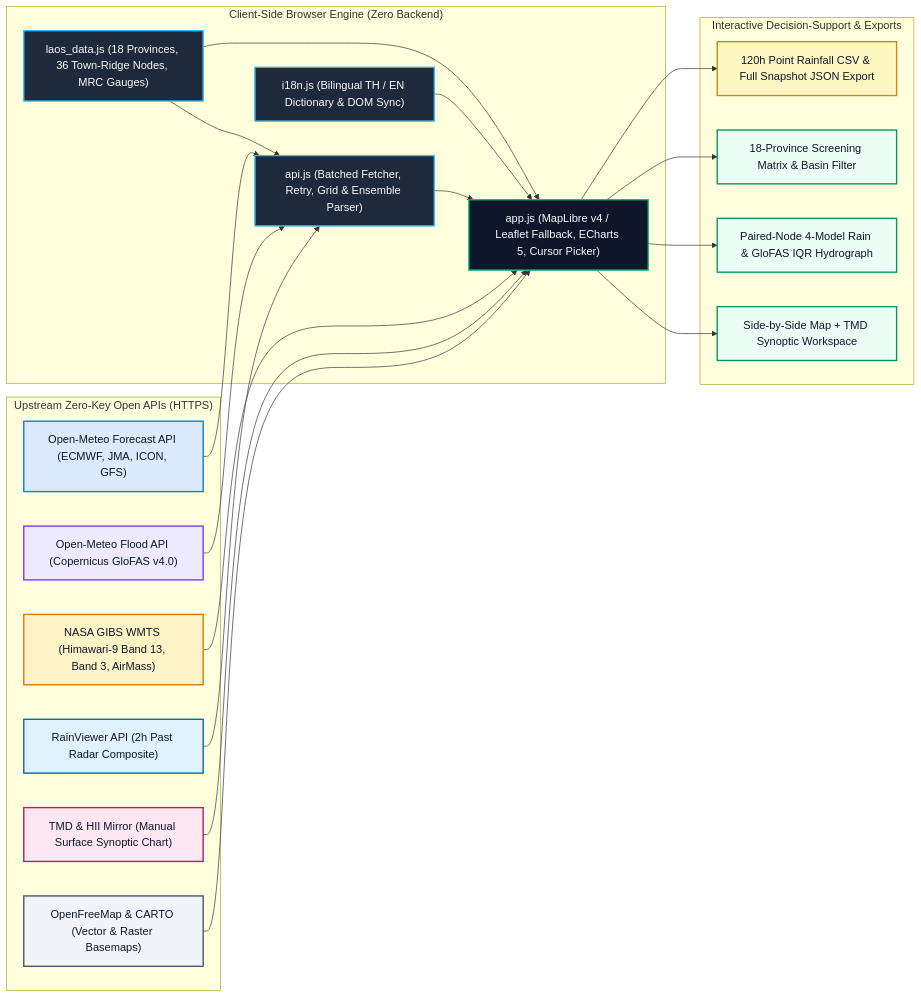
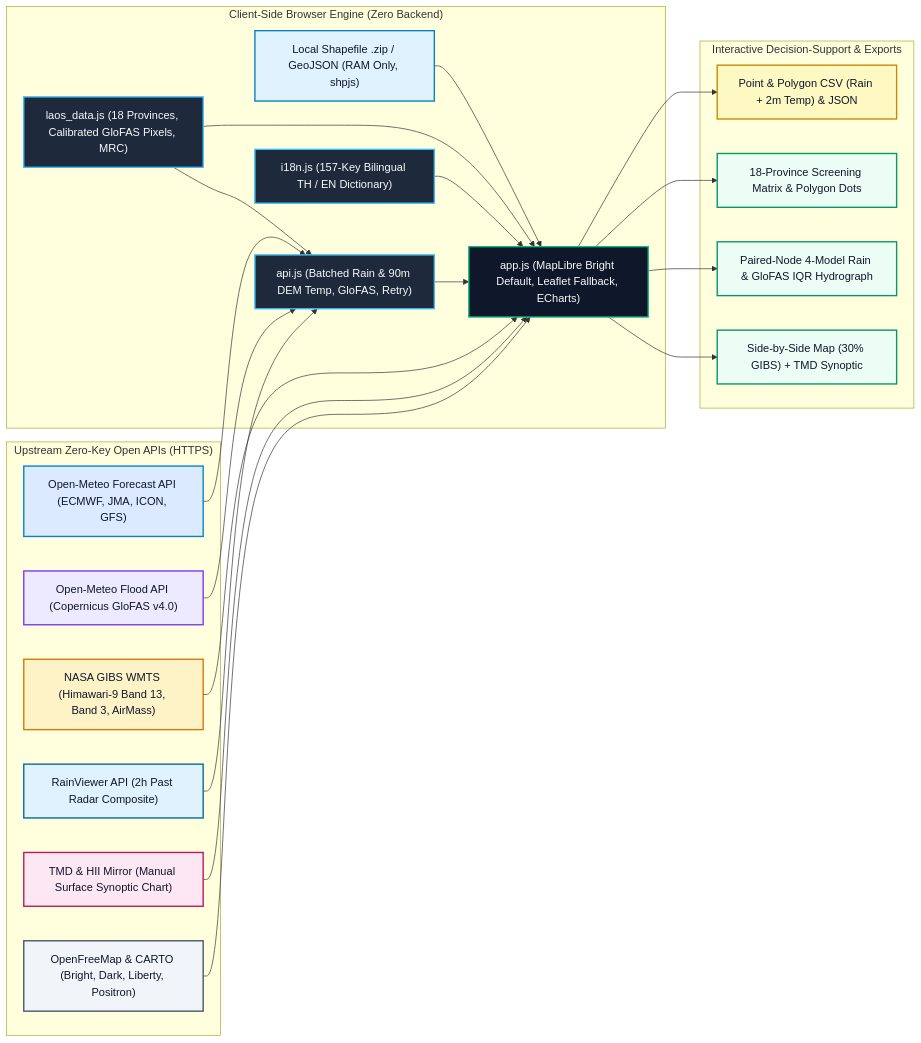
The diagram in README.md (torhunter43/laos-hydromet-monitor), drawn with Mermaid before and after one commit. The commit also changed other lines of this file and 6 other files, not shown here.

Commit message:
Correct GloFAS, Bright/30% default, and Shapefile export

````diff
--- a/README.md
+++ b/README.md
@@ -45,55 +51,58 @@
 ```mermaid
 flowchart LR
     subgraph Sources["Upstream Zero-Key Open APIs (HTTPS)"]
         OM["Open-Meteo Forecast API (ECMWF, JMA, ICON, GFS)"]
         GF["Open-Meteo Flood API (Copernicus GloFAS v4.0)"]
         GIBS["NASA GIBS WMTS (Himawari-9 Band 13, Band 3, AirMass)"]
         RV["RainViewer API (2h Past Radar Composite)"]
         TMD["TMD & HII Mirror (Manual Surface Synoptic Chart)"]
-        OFM["OpenFreeMap & CARTO (Vector & Raster Basemaps)"]
+        OFM["OpenFreeMap & CARTO (Bright, Dark, Liberty, Positron)"]
     end
 
     subgraph Engine["Client-Side Browser Engine (Zero Backend)"]
-        API["api.js (Batched Fetcher, Retry, Grid & Ensemble Parser)"]
-        DATA["laos_data.js (18 Provinces, 36 Town-Ridge Nodes, MRC Gauges)"]
-        I18N["i18n.js (Bilingual TH / EN Dictionary & DOM Sync)"]
-        APP["app.js (MapLibre v4 / Leaflet Fallback, ECharts 5, Cursor Picker)"]
+        SHP["Local Shapefile .zip / GeoJSON (RAM Only, shpjs)"]
+        API["api.js (Batched Rain & 90m DEM Temp, GloFAS, Retry)"]
+        DATA["laos_data.js (18 Provinces, Calibrated GloFAS Pixels, MRC)"]
+        I18N["i18n.js (157-Key Bilingual TH / EN Dictionary)"]
+        APP["app.js (MapLibre Bright Default, Leaflet Fallback, ECharts)"]
     end
 
     subgraph Outputs["Interactive Decision-Support & Exports"]
-        SPLIT["Side-by-Side Map + TMD Synoptic Workspace"]
+        SPLIT["Side-by-Side Map (30% GIBS) + TMD Synoptic"]
         CHARTS["Paired-Node 4-Model Rain & GloFAS IQR Hydrograph"]
-        MATRIX["18-Province Screening Matrix & Basin Filter"]
-        EXPORT["120h Point Rainfall CSV & Full Snapshot JSON Export"]
+        MATRIX["18-Province Screening Matrix & Polygon Dots"]
+        EXPORT["Point & Polygon CSV (Rain + 2m Temp) & JSON"]
     end
 
+    SHP --> APP
     OM --> API
     GF --> API
     GIBS --> APP
     RV --> API
     TMD --> APP
     OFM --> APP
     DATA --> API
     DATA --> APP
     I18N --> APP
     API --> APP
     APP --> SPLIT
     APP --> CHARTS
     APP --> MATRIX
     APP --> EXPORT
 
     style OM fill:#dbeafe,stroke:#0284c7,stroke-width:2px,color:#0f172a
     style GF fill:#ede9fe,stroke:#7c3aed,stroke-width:2px,color:#0f172a
     style GIBS fill:#fef3c7,stroke:#d97706,stroke-width:2px,color:#0f172a
     style RV fill:#e0f2fe,stroke:#0369a1,stroke-width:2px,color:#0f172a
     style TMD fill:#fce7f3,stroke:#be185d,stroke-width:2px,color:#0f172a
     style OFM fill:#f1f5f9,stroke:#475569,stroke-width:2px,color:#0f172a
+    style SHP fill:#e0f2fe,stroke:#0284c7,stroke-width:2px,color:#0f172a
     style API fill:#1e293b,stroke:#38bdf8,stroke-width:2px,color:#f8fafc
     style DATA fill:#1e293b,stroke:#38bdf8,stroke-width:2px,color:#f8fafc
     style I18N fill:#1e293b,stroke:#38bdf8,stroke-width:2px,color:#f8fafc
     style APP fill:#0f172a,stroke:#10b981,stroke-width:2px,color:#f8fafc
     style SPLIT fill:#ecfdf5,stroke:#059669,stroke-width:2px,color:#0f172a
     style CHARTS fill:#ecfdf5,stroke:#059669,stroke-width:2px,color:#0f172a
     style MATRIX fill:#ecfdf5,stroke:#059669,stroke-width:2px,color:#0f172a
     style EXPORT fill:#fef9c3,stroke:#ca8a04,stroke-width:2px,color:#0f172a
 ```
````
